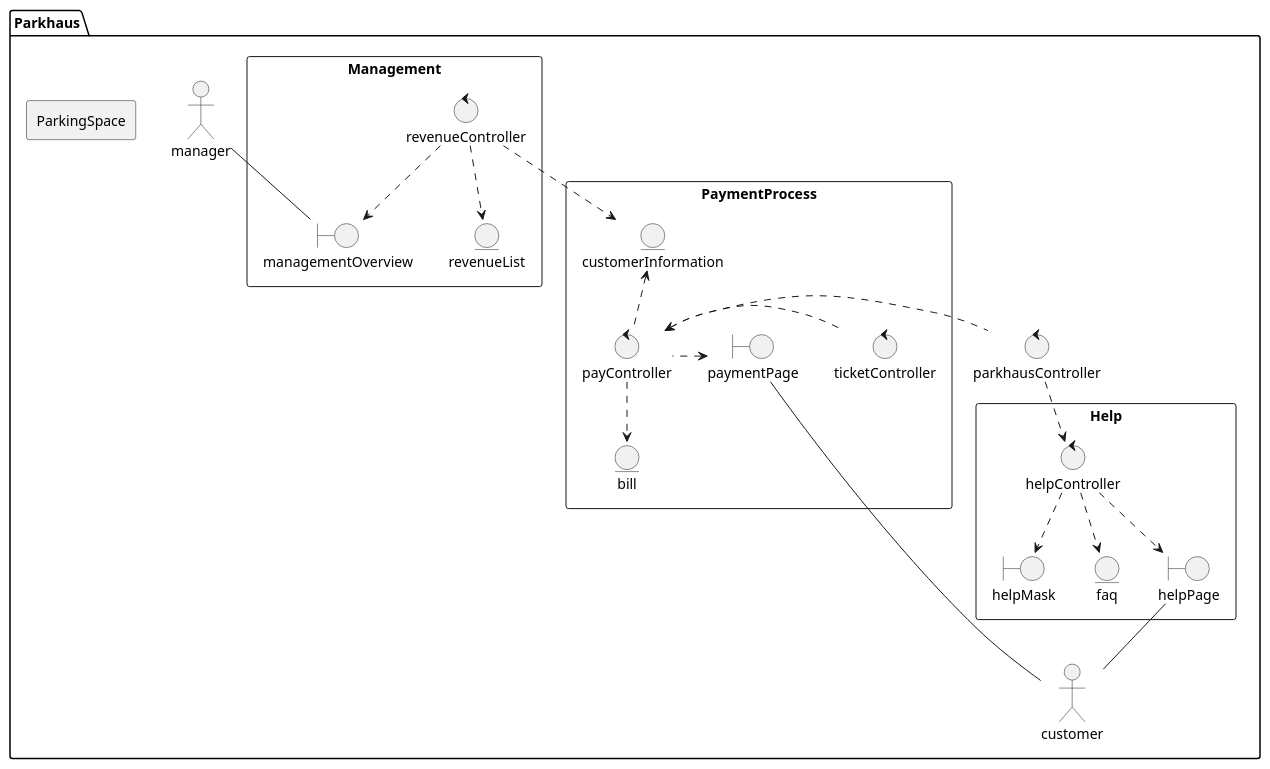
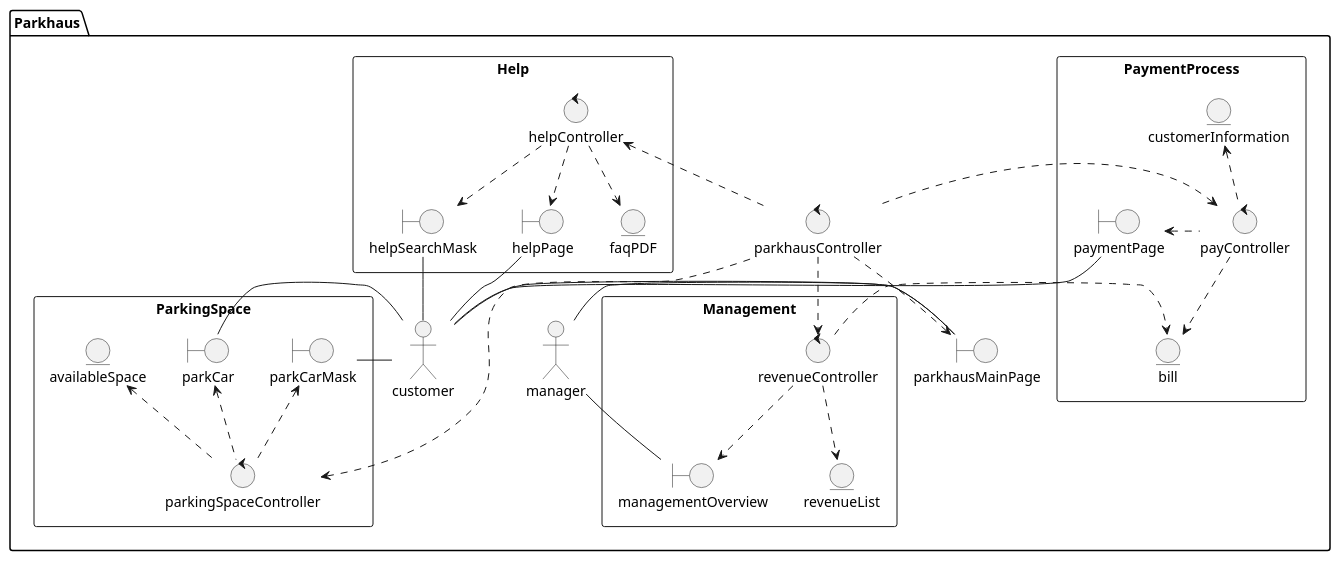
Before and after one commit to 1nbetw33n/Parkhaus_new: the diagram in src/main/team_space/exercise5/ra_Parkhaus.puml, drawn with PlantUML.

Commit message:
changed ra_Parkhaus.puml, added ParkingSpace

```diff
--- a/src/main/team_space/exercise5/ra_Parkhaus.puml
+++ b/src/main/team_space/exercise5/ra_Parkhaus.puml
@@ -1,66 +1,85 @@
 @startuml
 
 package Parkhaus {
 
 actor customer as c
 actor manager as m
 control parkhausController
+boundary parkhausMainPage
 
     rectangle PaymentProcess {
         boundary paymentPage
         control payController
-        control ticketController
         entity customerInformation
         entity bill
 
         payController .up.> customerInformation
         payController .left.> paymentPage
         payController ..> bill
-
-        ticketController .left.> payController
 
         c -up- paymentPage
 
 
     }
 
     rectangle Help {
         boundary helpPage
-        boundary helpMask
+        boundary helpSearchMask
         control helpController
-        entity faq
+        entity faqPDF
 
         helpController ..> helpPage
-        helpController ..> faq
-        helpController ..> helpMask
+        helpController ..> faqPDF
+        helpController ..> helpSearchMask
 
         c -up- helpPage
-
-        parkhausController ..> helpController
-
+        c -up- helpSearchMask
 
     }
 
     rectangle Management {
 
         boundary managementOverview
         control revenueController
         entity revenueList
 
         m -down- managementOverview
+        m - parkhausMainPage
+
+        parkhausController ..> revenueController
         revenueController ..> managementOverview
-        revenueController ..> customerInformation
         revenueController ..> revenueList
+        revenueController ..> bill
 
     }
 
     rectangle ParkingSpace {
+        boundary parkCarMask
+        boundary parkCar
+        control parkingSpaceController
+        entity availableSpace
+
+
+        parkingSpaceController .up.> parkCarMask
+        parkingSpaceController .up.> parkCar
+        parkingSpaceController .up.> availableSpace
+
+        c - parkCarMask
+        c - parkCar
+
+
+
+
 
     }
 
+    parkhausController .up.> parkingSpaceController
     parkhausController .left.> payController
+    parkhausController .down.> helpController
+    parkhausController .down.> parkhausMainPage
+    c - parkhausMainPage
 
 
 }
 
 @enduml
```
